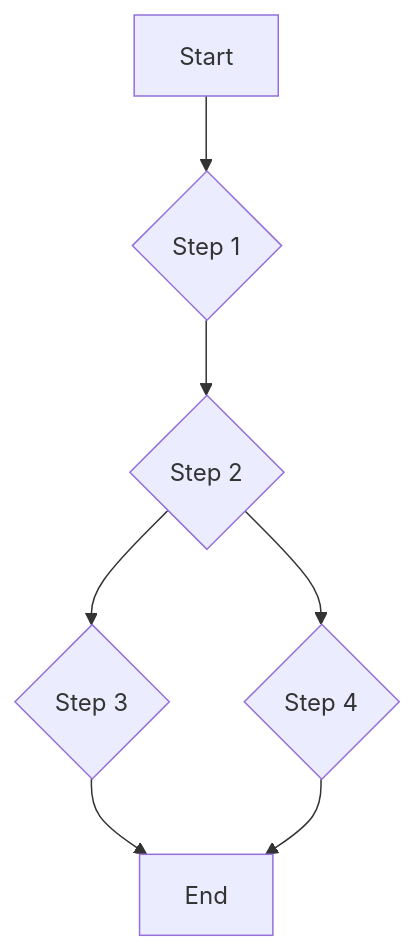
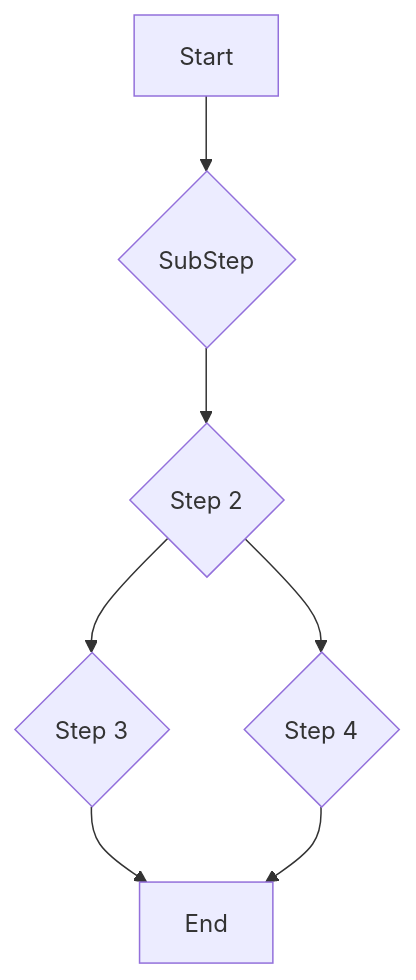
Before and after one commit to chris-piwinsky/stepception: the diagram in README.md, drawn with Mermaid. The commit also changed 1 other file, not shown here.

````diff
--- a/README.md
+++ b/README.md
@@ -13,9 +13,9 @@
 ```mermaid
 graph TD;
-  Start[Start] --> Step1{Step 1}
+  Start[Start] --> Step1{SubStep}
   Step1 --> Step2{Step 2}
   Step2 --> Step3{Step 3}
   Step2 --> Step4{Step 4}
   Step3 --> End[End]
   Step4 --> End
 ```
````
